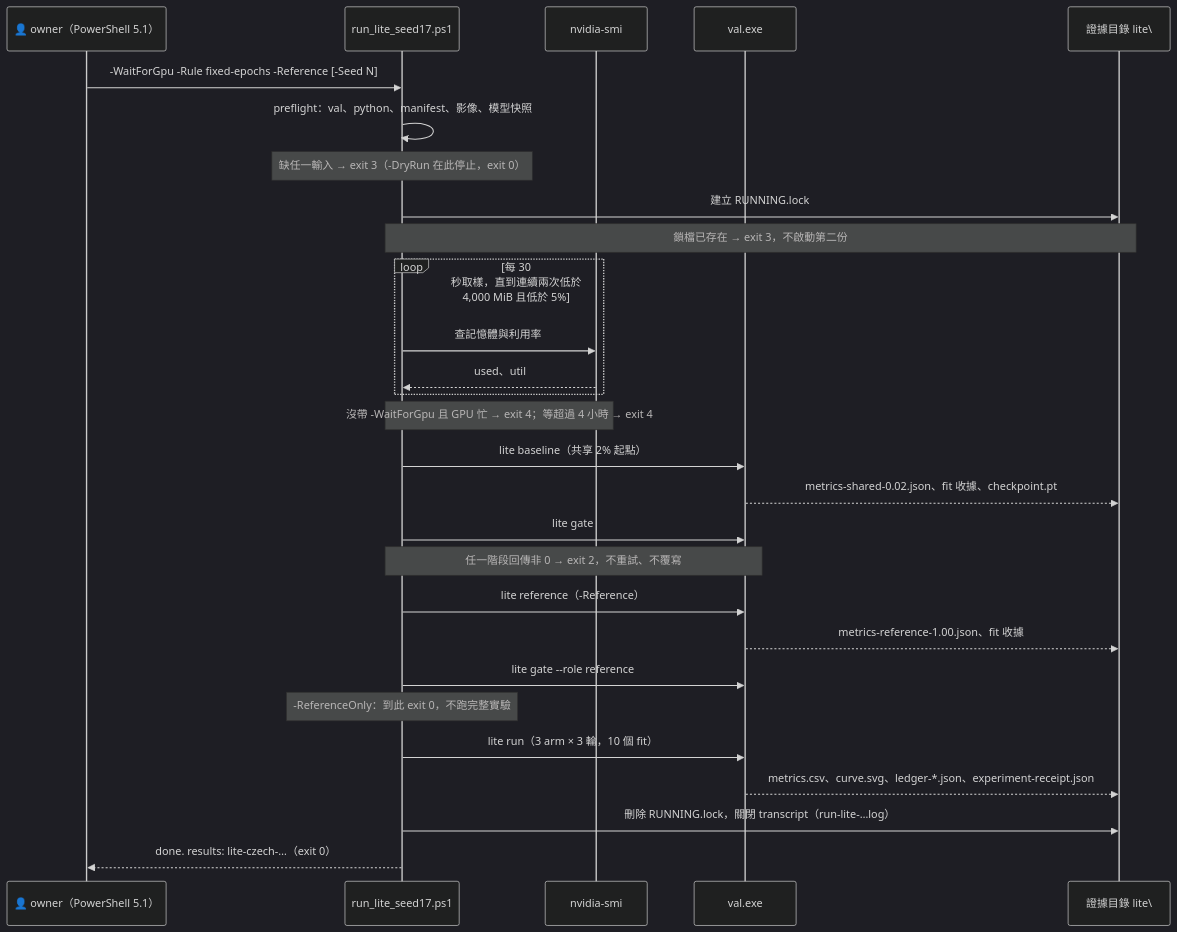
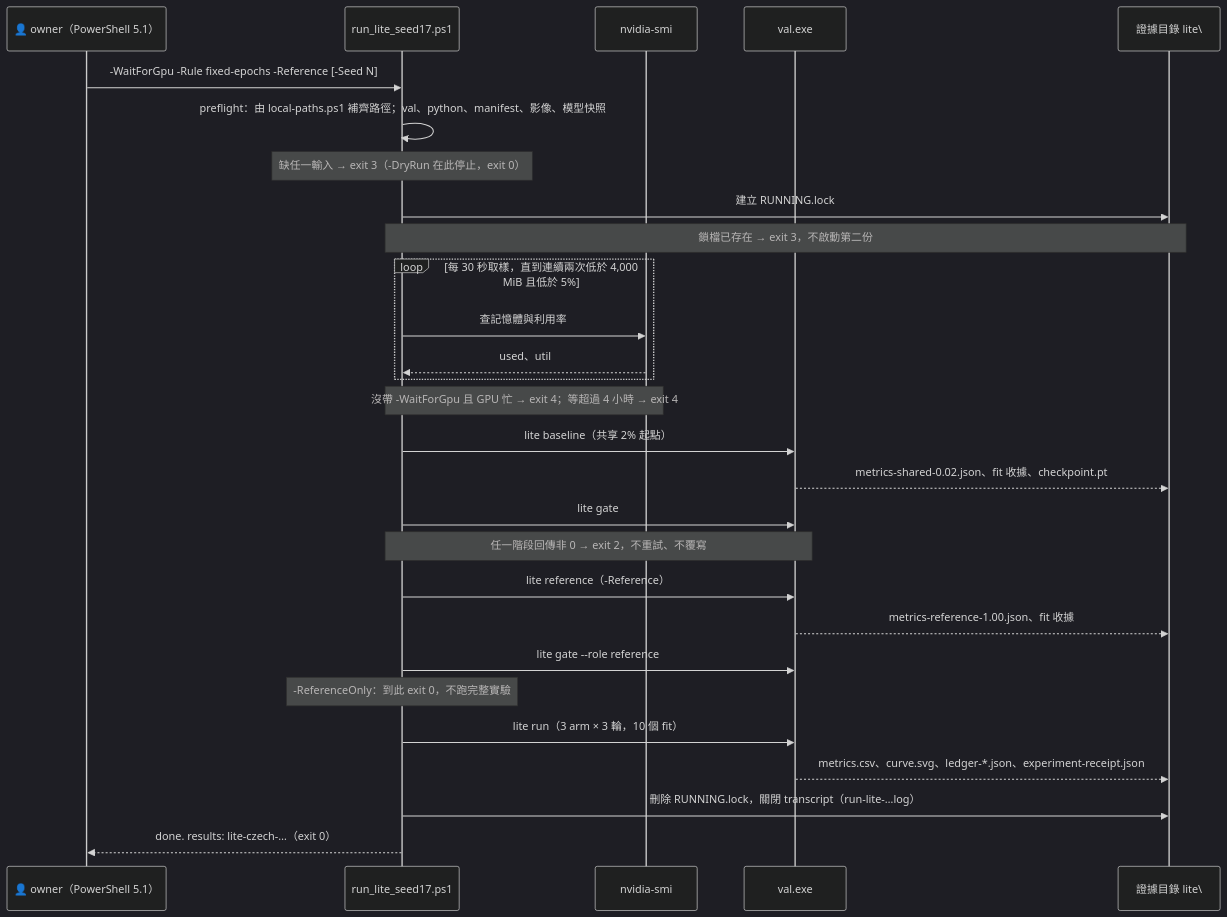
Before and after one commit to kuotunyu/vision-active-learning-loop: the diagram in docs/diagrams/readme_02_sequence_launcher.mmd, drawn with Mermaid (dark theme). The commit also changed 132 other files, not shown here.

```diff
--- a/docs/diagrams/readme_02_sequence_launcher.mmd
+++ b/docs/diagrams/readme_02_sequence_launcher.mmd
@@ -1,30 +1,30 @@
-%% Source of the fenced block in README.md（在 GPU 上跑）. Derived from scripts/run_lite_seed17.ps1: exit 3 preflight/lock, exit 4 GPU busy or 4 h timeout, exit 2 any stage, exit 0 done.
+%% Standalone diagram (not embedded in README). Derived from scripts/run_lite_seed17.ps1: exit 3 preflight/lock, exit 4 GPU busy or 4 h timeout, exit 2 any stage, exit 0 done.
 sequenceDiagram
     participant O as 👤 owner（PowerShell 5.1）
     participant L as run_lite_seed17.ps1
     participant N as nvidia-smi
     participant V as val.exe
     participant E as 證據目錄 lite\
 
     O->>L: -WaitForGpu -Rule fixed-epochs -Reference [-Seed N]
-    L->>L: preflight：val、python、manifest、影像、模型快照
+    L->>L: preflight：由 local-paths.ps1 補齊路徑；val、python、manifest、影像、模型快照
     Note over L: 缺任一輸入 → exit 3（-DryRun 在此停止，exit 0）
     L->>E: 建立 RUNNING.lock
     Note over L,E: 鎖檔已存在 → exit 3，不啟動第二份
     loop 每 30 秒取樣，直到連續兩次低於 4,000 MiB 且低於 5%
         L->>N: 查記憶體與利用率
         N-->>L: used、util
     end
     Note over L,N: 沒帶 -WaitForGpu 且 GPU 忙 → exit 4；等超過 4 小時 → exit 4
     L->>V: lite baseline（共享 2% 起點）
     V-->>E: metrics-shared-0.02.json、fit 收據、checkpoint.pt
     L->>V: lite gate
     Note over L,V: 任一階段回傳非 0 → exit 2，不重試、不覆寫
     L->>V: lite reference（-Reference）
     V-->>E: metrics-reference-1.00.json、fit 收據
     L->>V: lite gate --role reference
     Note over L: -ReferenceOnly：到此 exit 0，不跑完整實驗
     L->>V: lite run（3 arm × 3 輪，10 個 fit）
     V-->>E: metrics.csv、curve.svg、ledger-*.json、experiment-receipt.json
     L->>E: 刪除 RUNNING.lock，關閉 transcript（run-lite-…log）
     L-->>O: done. results: lite-czech-…（exit 0）
```
